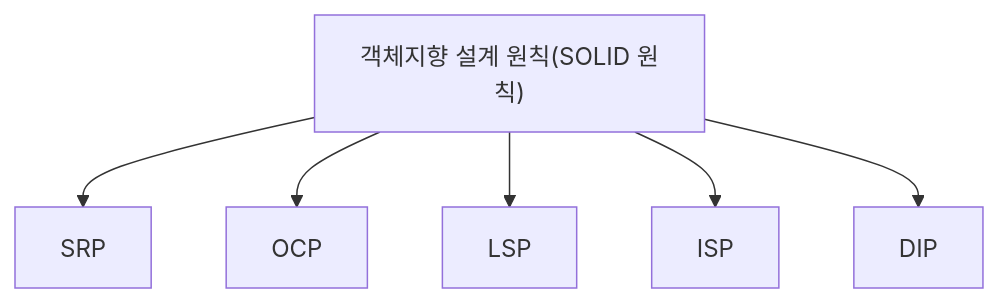
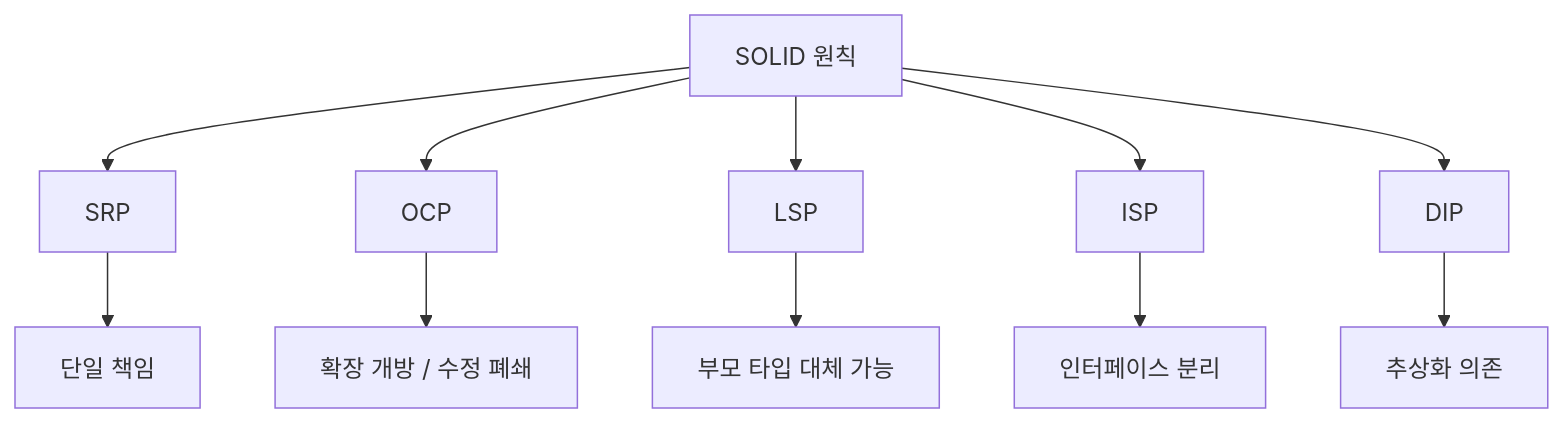
Before and after one commit to nes0903/study: the first of 9 diagrams in 정보처리기사/1과목 소프트웨어 설계/038 객체지향 설계 원칙(SOLID 원칙)/038 객체지향 설계 원칙(SOLID 원칙).md, drawn with Mermaid. The commit also changed other lines of this file and 318 other files, not shown here.

````diff
--- a/정보처리기사/1과목 소프트웨어 설계/038 객체지향 설계 원칙(SOLID 원칙)/038 객체지향 설계 원칙(SOLID 원칙).md
+++ b/정보처리기사/1과목 소프트웨어 설계/038 객체지향 설계 원칙(SOLID 원칙)/038 객체지향 설계 원칙(SOLID 원칙).md
@@ -13,9 +14,14 @@
 ```mermaid
 flowchart TD
-    A["객체지향 설계 원칙(SOLID 원칙)"]
-    A --> N1["SRP"]
-    A --> N2["OCP"]
-    A --> N3["LSP"]
-    A --> N4["ISP"]
-    A --> N5["DIP"]
+    A["SOLID 원칙"]
+    A --> S["SRP"]
+    A --> O["OCP"]
+    A --> L["LSP"]
+    A --> I["ISP"]
+    A --> D["DIP"]
+    S --> S1["단일 책임"]
+    O --> O1["확장 개방 / 수정 폐쇄"]
+    L --> L1["부모 타입 대체 가능"]
+    I --> I1["인터페이스 분리"]
+    D --> D1["추상화 의존"]
 ```
````
